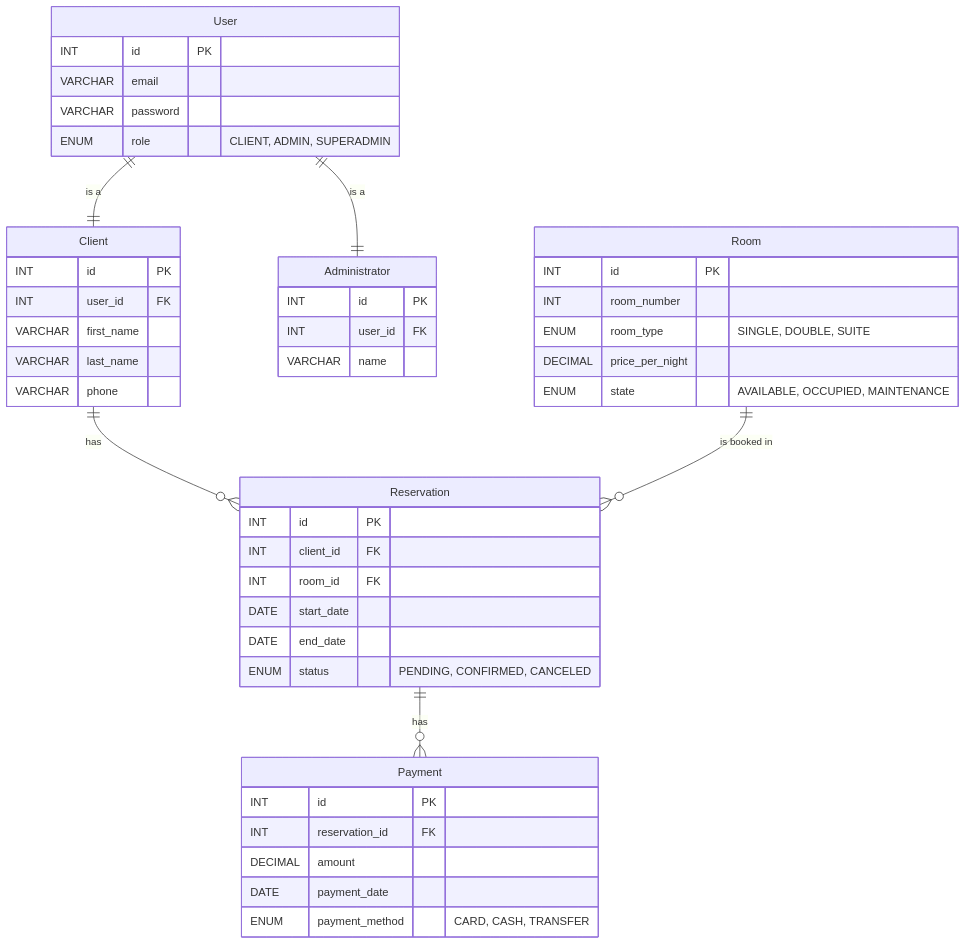
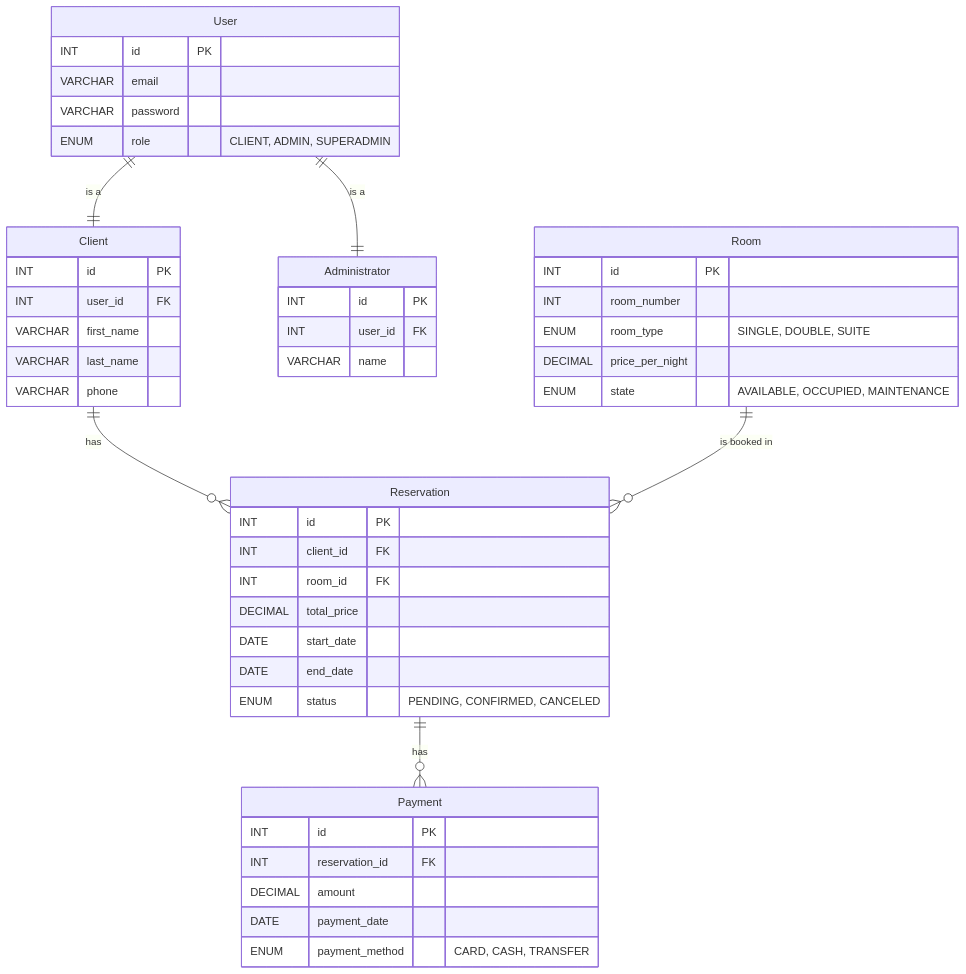
The first of 4 diagrams in README.md (asobrados03/HotelManagementAPI), drawn with Mermaid before and after one commit.

````diff
--- a/README.md
+++ b/README.md
@@ -6,54 +6,55 @@
 ```mermaid
 erDiagram
     User {
         INT id PK
         VARCHAR email
         VARCHAR password
         ENUM role "CLIENT, ADMIN, SUPERADMIN"
     }
 
     Client {
         INT id PK
         INT user_id FK
         VARCHAR first_name
         VARCHAR last_name
         VARCHAR phone
     }
 
     Administrator {
         INT id PK
         INT user_id FK
         VARCHAR name
     }
 
     Room {
         INT id PK
         INT room_number
         ENUM room_type "SINGLE, DOUBLE, SUITE"
         DECIMAL price_per_night
         ENUM state "AVAILABLE, OCCUPIED, MAINTENANCE"
     }
 
     Reservation {
         INT id PK
         INT client_id FK
         INT room_id FK
+        DECIMAL total_price
         DATE start_date
         DATE end_date
         ENUM status "PENDING, CONFIRMED, CANCELED"
     }
 
     Payment {
         INT id PK
         INT reservation_id FK
         DECIMAL amount
         DATE payment_date
         ENUM payment_method "CARD, CASH, TRANSFER"
     }
 
     Client ||--o{ Reservation : has
     Room ||--o{ Reservation : "is booked in"
     Reservation ||--o{ Payment : has
     User ||--|| Client : "is a"
     User ||--|| Administrator : "is a"
 ```
````
